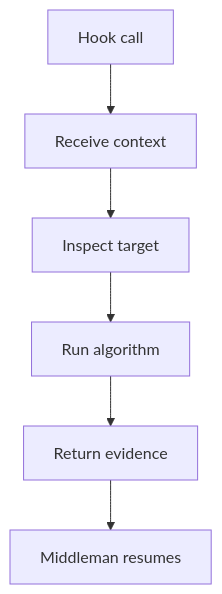
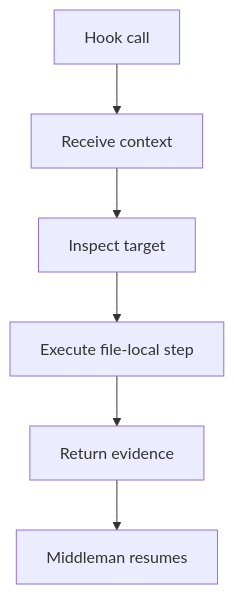
Before and after one commit to JohnAndrewBalbarosa/NeoTerritory: the first of 2 diagrams in docs/Codebase/Microservice/Modules/Source/Analysis/Patterns/Middleman/Contracts/pattern_hook_contract.cpp.md, drawn with Mermaid. The commit also changed other lines of this file and 925 other files, not shown here.

````diff
--- a/docs/Codebase/Microservice/Modules/Source/Analysis/Patterns/Middleman/Contracts/pattern_hook_contract.cpp.md
+++ b/docs/Codebase/Microservice/Modules/Source/Analysis/Patterns/Middleman/Contracts/pattern_hook_contract.cpp.md
@@ -10,14 +10,14 @@
 ```mermaid
 flowchart TD
     Start["Hook call"]
     N0["Receive context"]
     N1["Inspect target"]
-    N2["Run algorithm"]
+    N2["Execute file-local step"]
     N3["Return evidence"]
     End["Middleman resumes"]
     Start --> N0
     N0 --> N1
     N1 --> N2
     N2 --> N3
     N3 --> End
 ```
````
